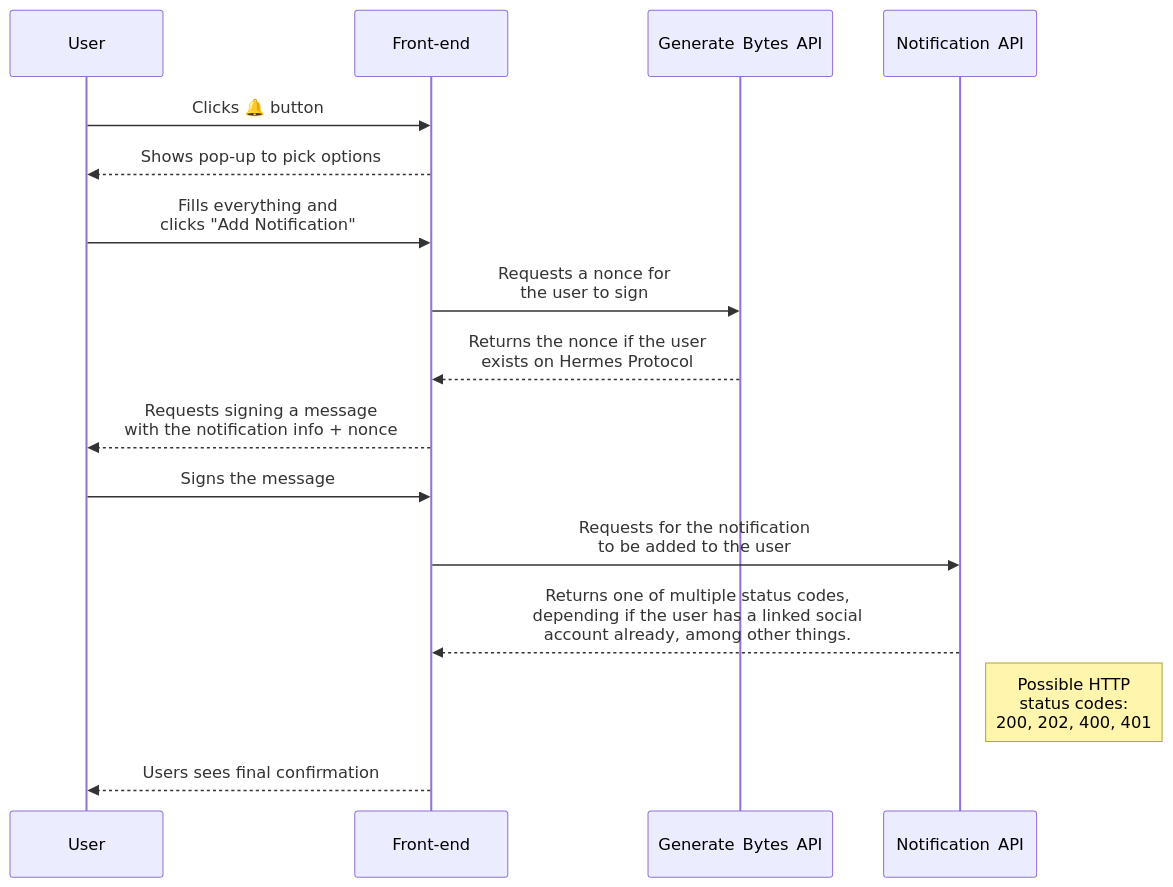
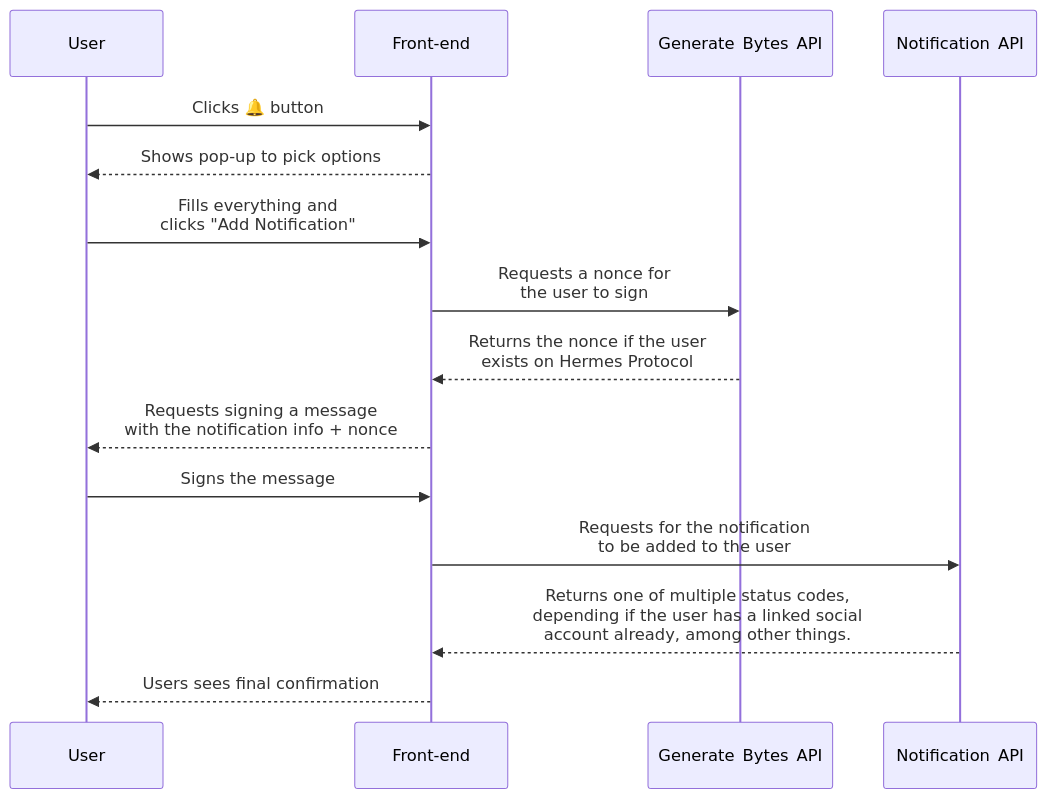
One commit to HermesProtocol-io/docs changed the diagram in docs/public-api/index.mdx. Above: the diagram before and after it, drawn with Mermaid. The commit also changed other lines of this file and 9 other files, not shown here.

````diff
--- a/docs/public-api/index.mdx
+++ b/docs/public-api/index.mdx
@@ -29,18 +28,17 @@
 ```mermaid
 sequenceDiagram
     participant User
     participant Front-end
     participant Generate Bytes API
     participant Notification API
     User->>Front-end: Clicks 🔔 button
     Front-end-->>User: Shows pop-up to pick options
     User->>Front-end: Fills everything and <br/>clicks "Add Notification"
     Front-end->>Generate Bytes API: Requests a nonce for <br/>the user to sign
     Generate Bytes API-->>Front-end: Returns the nonce if the user <br/>exists on Hermes Protocol
     Front-end-->>User: Requests signing a message <br/>with the notification info + nonce
     User->>Front-end: Signs the message
     Front-end->>Notification API: Requests for the notification <br/>to be added to the user
     Notification API-->>Front-end: Returns one of multiple status codes, <br/>depending if the user has a linked social <br/>account already, among other things.
-    Note right of Notification API: Possible HTTP <br/>status codes: <br/>200, 202, 400, 401
     Front-end-->>User: Users sees final confirmation
 ```
````
